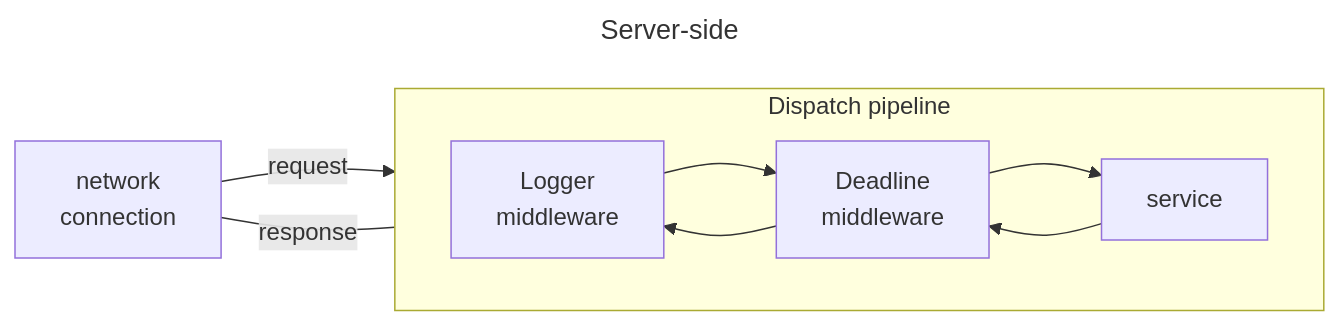
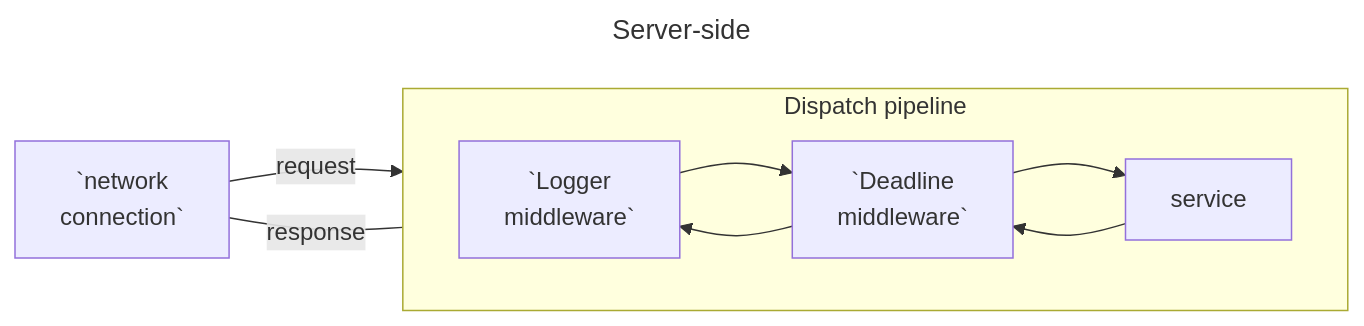
The second of 2 diagrams in README.md (icerpc/icerpc-csharp), drawn with Mermaid before and after one commit. The commit also changed other lines of this file, not shown here.

Commit message:
Fix newline in mermaid diagrams

````diff
--- a/README.md
+++ b/README.md
@@ -93,13 +93,13 @@
 ```mermaid
 ---
 title: Server-side
 ---
 flowchart LR
     subgraph pipeline [Dispatch pipeline]
         direction LR
-        lm[Logger\nmiddleware] --> dm[Deadline\nmiddleware] --> service --> dm --> lm
+        lm[`Logger\nmiddleware`] --> dm[`Deadline\nmiddleware`] --> service --> dm --> lm
 
     end
-    connection[network\nconnection] -- request --> lm
+    connection[`network\nconnection`] -- request --> lm
     connection -- response --- lm
 ```
````
